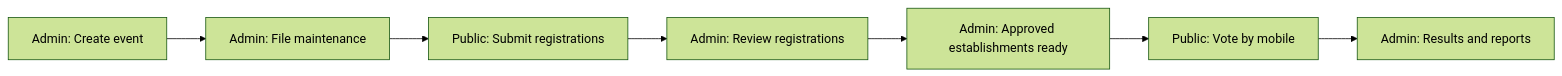
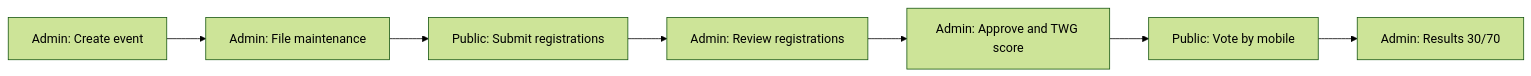
One commit to gallocheryl26-cell/tocca_voting_system changed the first of 2 diagrams in docs/USER_MANUAL.md. Above: the diagram before and after it, drawn with Mermaid (forest theme). The commit also changed other lines of this file and 142 other files, not shown here.

````diff
--- a/docs/USER_MANUAL.md
+++ b/docs/USER_MANUAL.md
@@ -64,9 +64,9 @@
 ```mermaid
 flowchart LR
   A[Admin: Create event] --> B[Admin: File maintenance]
   B --> C[Public: Submit registrations]
   C --> D[Admin: Review registrations]
-  D --> E[Admin: Approved establishments ready]
+  D --> E[Admin: Approve and TWG score]
   E --> F[Public: Vote by mobile]
-  F --> G[Admin: Results and reports]
+  F --> G[Admin: Results 30/70]
 ```
````
